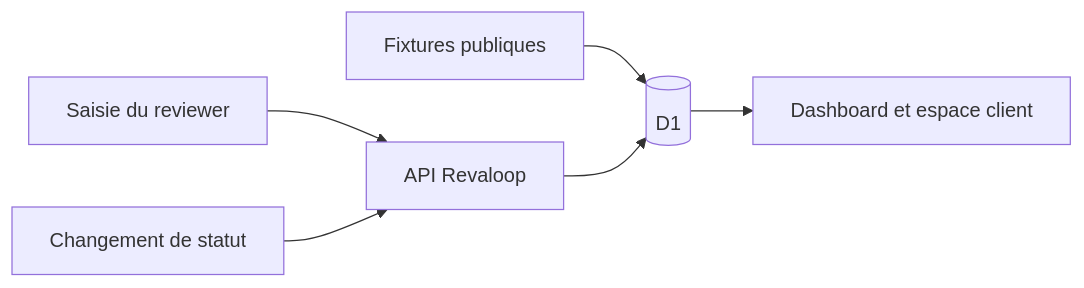
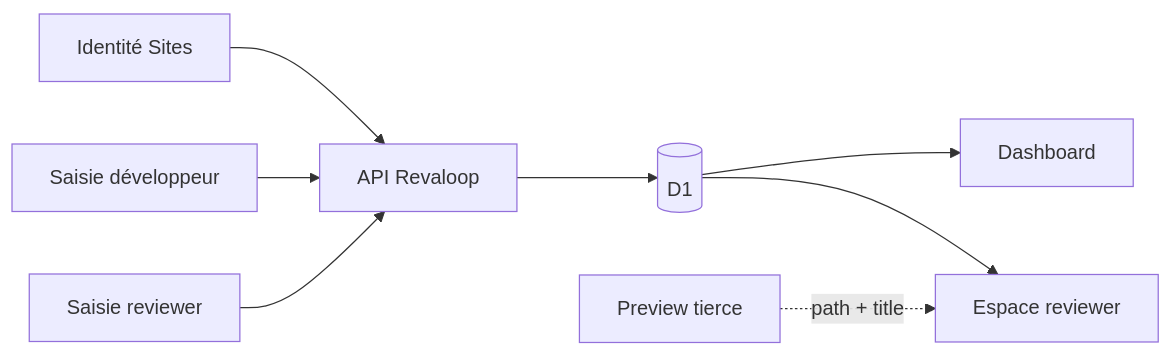
The diagram in docs/DATA_LIFECYCLE.md (rfielbal/Revaloop), drawn with Mermaid before and after one commit. The commit also changed other lines of this file and 47 other files, not shown here.

Commit message:
Rend Revaloop prêt pour un premier pilote client

````diff
--- a/docs/DATA_LIFECYCLE.md
+++ b/docs/DATA_LIFECYCLE.md
@@ -60,8 +75,10 @@
 ```mermaid
 flowchart LR
-    fixture["Fixtures publiques"] --> d1[("D1")]
-    reviewer["Saisie du reviewer"] --> api["API Revaloop"]
-    developer["Changement de statut"] --> api
-    api --> d1
-    d1 --> ui["Dashboard et espace client"]
+    siwc["Identité Sites"] --> api["API Revaloop"]
+    developer["Saisie développeur"] --> api
+    reviewer["Saisie reviewer"] --> api
+    api --> d1[("D1")]
+    d1 --> dashboard["Dashboard"]
+    d1 --> review["Espace reviewer"]
+    preview["Preview tierce"] -. "path + title" .-> review
 ```
````
